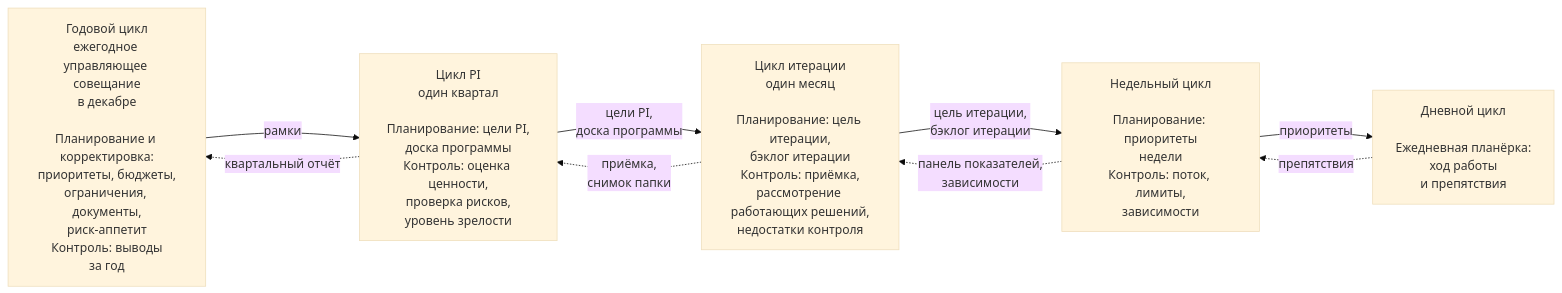
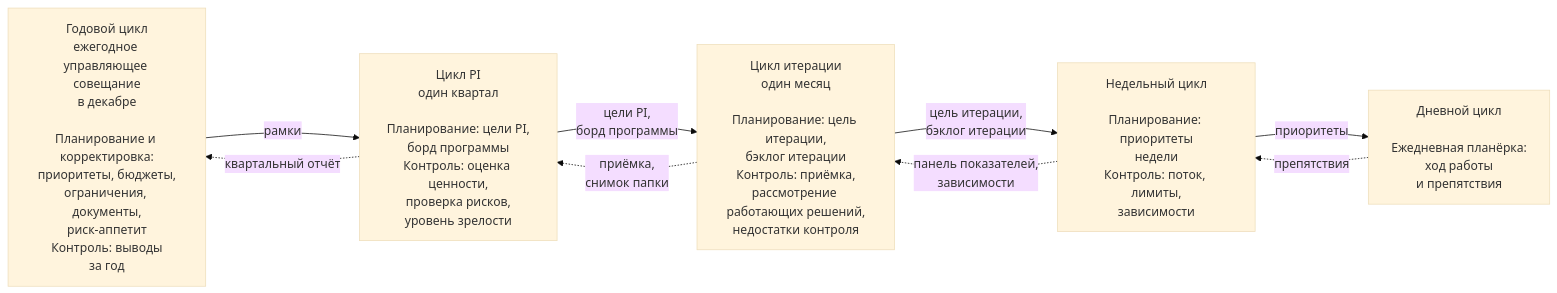
Before and after one commit to devhogu/ob-aicc: the first of 4 diagrams in charter/ru/guides/cadence-guide.md, drawn with Mermaid (base theme). The commit also changed other lines of this file and 193 other files, not shown here.

First line of the commit message:
Russian edition: борды, рабочий цикл, пост-внедрение, поток НРВ, Контроль работы подразделения; AI Policy 6.1 limits Exceptions to exceptional cases

````diff
--- a/charter/ru/guides/cadence-guide.md
+++ b/charter/ru/guides/cadence-guide.md
@@ -27,16 +27,16 @@
 ```mermaid
 flowchart LR
   Y["Годовой цикл<br/>ежегодное управляющее совещание<br/>в декабре<br/><br/>Планирование и корректировка:<br/>приоритеты, бюджеты,<br/>ограничения, документы,<br/>риск-аппетит<br/>Контроль: выводы<br/>за год"]
-  Q["Цикл PI<br/>один квартал<br/><br/>Планирование: цели PI,<br/>доска программы<br/>Контроль: оценка ценности,<br/>проверка рисков,<br/>уровень зрелости"]
+  Q["Цикл PI<br/>один квартал<br/><br/>Планирование: цели PI,<br/>борд программы<br/>Контроль: оценка ценности,<br/>проверка рисков,<br/>уровень зрелости"]
   M["Цикл итерации<br/>один месяц<br/><br/>Планирование: цель итерации,<br/>бэклог итерации<br/>Контроль: приёмка,<br/>рассмотрение работающих решений,<br/>недостатки контроля"]
   W["Недельный цикл<br/><br/>Планирование: приоритеты<br/>недели<br/>Контроль: поток, лимиты,<br/>зависимости"]
   D["Дневной цикл<br/><br/>Ежедневная планёрка:<br/>ход работы<br/>и препятствия"]
   Y -->|"рамки"| Q
-  Q -->|"цели PI,<br/>доска программы"| M
+  Q -->|"цели PI,<br/>борд программы"| M
   M -->|"цель итерации,<br/>бэклог итерации"| W
   W -->|"приоритеты"| D
   D -.->|"препятствия"| W
   W -.->|"панель показателей,<br/>зависимости"| M
   M -.->|"приёмка,<br/>снимок папки"| Q
   Q -.->|"квартальный отчёт"| Y
 ```
````
